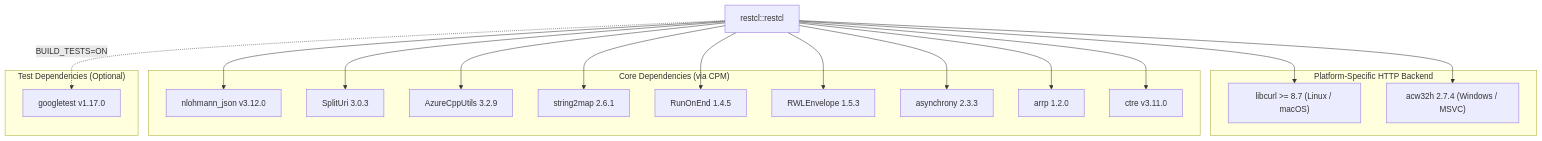
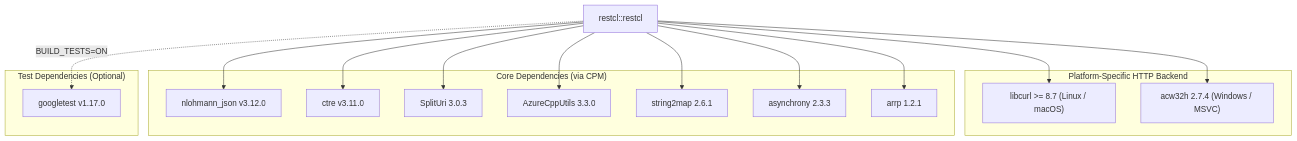
The diagram in docs/integration/dependencies.md (SiddiqSoft/restcl), drawn with Mermaid before and after one commit. The commit also changed other lines of this file and 6 other files, not shown here.

````diff
--- a/docs/integration/dependencies.md
+++ b/docs/integration/dependencies.md
@@ -7,38 +7,34 @@
 ```mermaid
 graph TD
     restcl["restcl::restcl"]
 
     subgraph Platform["Platform-Specific HTTP Backend"]
         LIBCURL["libcurl >= 8.7 (Linux / macOS)"]
         ACW32H["acw32h 2.7.4 (Windows / MSVC)"]
     end
 
     subgraph Core["Core Dependencies (via CPM)"]
         NLOHMANNJSON["nlohmann_json v3.12.0"]
+        CTRE["ctre v3.11.0"]
         SPLITURI["SplitUri 3.0.3"]
-        AZURECPPUTILS["AzureCppUtils 3.2.9"]
+        AZURECPPUTILS["AzureCppUtils 3.3.0"]
         STRING2MAP["string2map 2.6.1"]
-        RUNONEND["RunOnEnd 1.4.5"]
-        RWLENVELOPE["RWLEnvelope 1.5.3"]
         ASYNCHRONY["asynchrony 2.3.3"]
-        ARRP["arrp 1.2.0"]
-        CTRE["ctre v3.11.0"]
+        ARRP["arrp 1.2.1"]
     end
 
     subgraph Test["Test Dependencies (Optional)"]
         GOOGLETEST["googletest v1.17.0"]
     end
 
     restcl --> LIBCURL
     restcl --> ACW32H
     restcl --> NLOHMANNJSON
+    restcl --> CTRE
     restcl --> SPLITURI
     restcl --> AZURECPPUTILS
     restcl --> STRING2MAP
-    restcl --> RUNONEND
-    restcl --> RWLENVELOPE
     restcl --> ASYNCHRONY
     restcl --> ARRP
-    restcl --> CTRE
     restcl -. "BUILD_TESTS=ON" .-> GOOGLETEST
 ```
````
